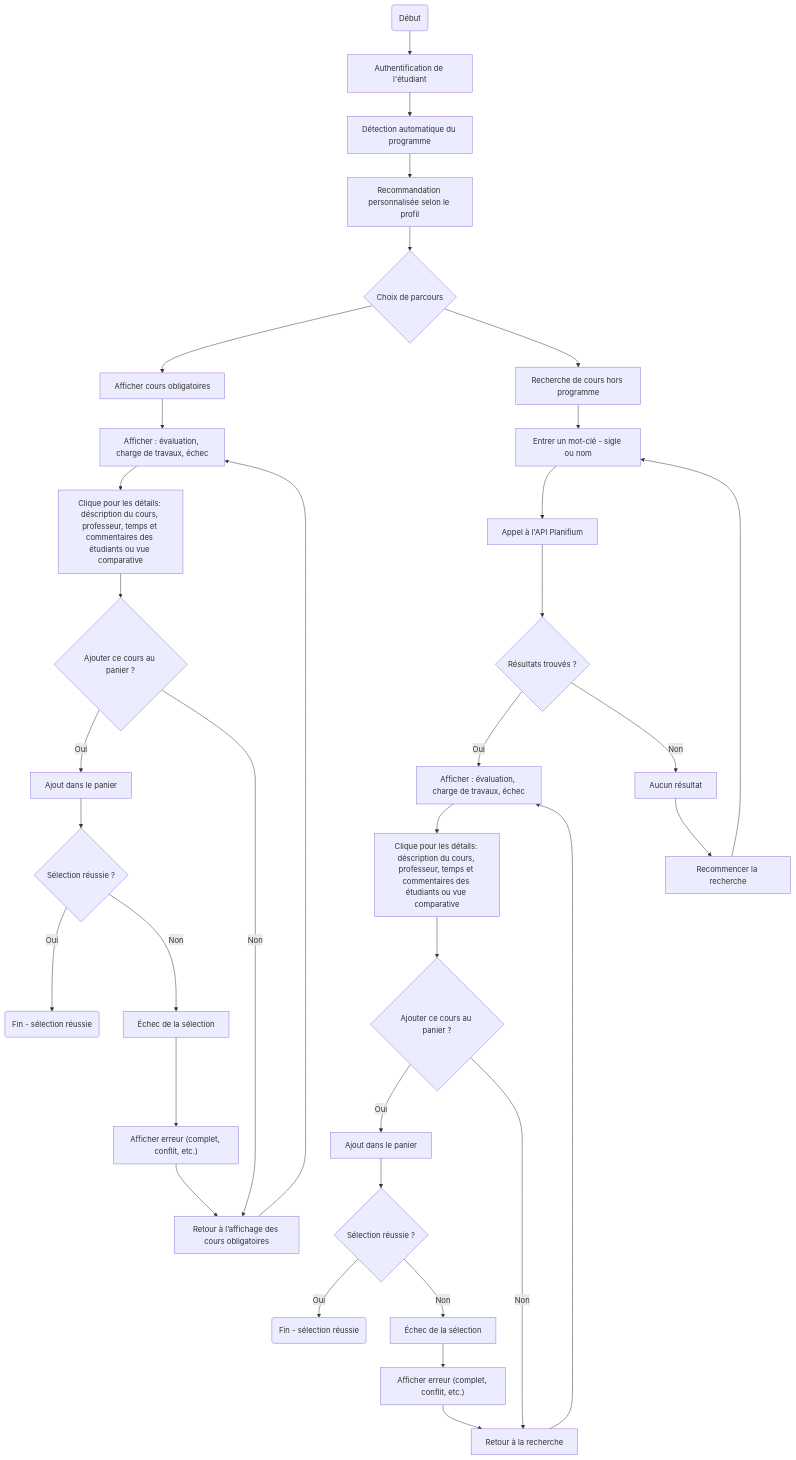
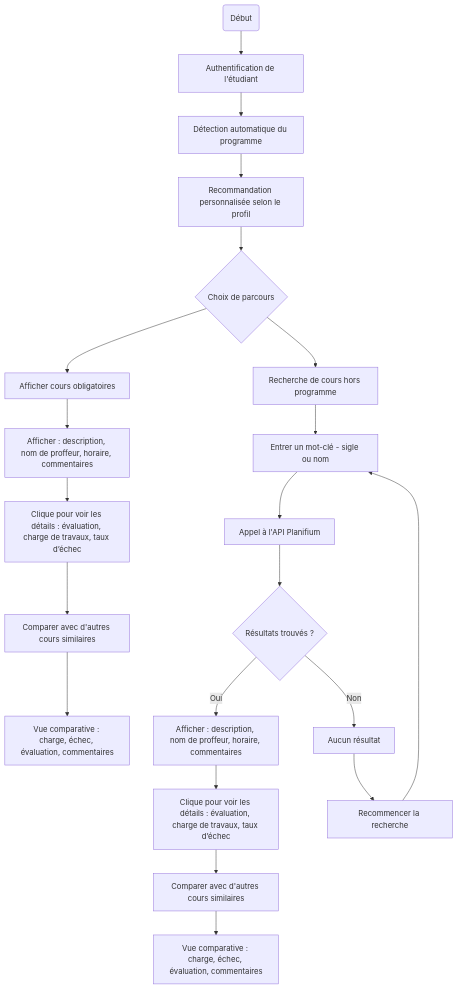
The diagram in docs/besoins/flux-principaux.md (cmpspablo01/template_devoir_genie_logiciel), drawn with Mermaid before and after one commit.

````diff
--- a/docs/besoins/flux-principaux.md
+++ b/docs/besoins/flux-principaux.md
@@ -15,44 +15,29 @@
 ```mermaid
 flowchart TD
     start(Début) --> auth[Authentification de l'étudiant]
     auth --> detectProg[Détection automatique du programme]
     detectProg --> recommandation[Recommandation personnalisée selon le profil]
     recommandation --> parallele{"Choix de parcours"}
 
     %% Branche 1 : Cours obligatoires
     parallele --> obligatoires[Afficher cours obligatoires]
-    obligatoires --> afficheOblig[Afficher : évaluation, charge de travaux, échec]
-    afficheOblig --> clicOblig[Clique pour les détails: déscription du cours, professeur, temps et commentaires des étudiants ou vue comparative]
-    clicOblig --> choixAjoutOblig{Ajouter ce cours au panier ?}
-    choixAjoutOblig -- Oui --> ajoutOblig[Ajout dans le panier]
-    choixAjoutOblig -- Non --> retourOblig[Retour à la liste des cours]
-    retourOblig --> afficheOblig
-    ajoutOblig --> verifOblig{Sélection réussie ?}
-    verifOblig -- Oui --> fin1(Fin - sélection réussie)
-    verifOblig -- Non --> echec1["Échec de la sélection"]
-    echec1 --> msgErreur1["Afficher erreur (complet, conflit, etc.)"]
-    msgErreur1 --> retourOblig[Retour à l’affichage des cours obligatoires]
-    
+    obligatoires --> afficheOblig[Afficher : description, nom de proffeur, horaire, commentaires]
+    afficheOblig --> clicOblig[Clique pour voir les détails : évaluation, charge de travaux, taux d’échec]
+    clicOblig --> compareOblig[Comparer avec d'autres cours similaires]
+    compareOblig --> vueComparative1[Vue comparative : charge, échec, évaluation, commentaires]
 
     %% Branche 2 : Recherche de cours hors programme
     parallele --> recherche[Recherche de cours hors programme]
     recherche --> entreeMotCle[Entrer un mot-clé - sigle ou nom]
     entreeMotCle --> apiCall[Appel à l'API Planifium]
     apiCall --> resultats{Résultats trouvés ?}
 
-    resultats -- Oui --> afficheCours[Afficher : évaluation, charge de travaux, échec]
-    afficheCours --> clicDetails[Clique pour les détails: déscription du cours, professeur, temps et commentaires des étudiants ou vue comparative]
-    clicDetails --> choixAjoutHors{Ajouter ce cours au panier ?}
-    choixAjoutHors -- Oui --> ajoutHors[Ajout dans le panier]
-    choixAjoutHors -- Non --> retourHors[Retour à la liste des résultats]
-    retourHors --> afficheCours
-    ajoutHors --> verifHors{Sélection réussie ?}
-    verifHors -- Oui --> fin2(Fin - sélection réussie)
-    verifHors -- Non --> echec2["Échec de la sélection"]
-    echec2 --> msgErreur2["Afficher erreur (complet, conflit, etc.)"]
-    msgErreur2 --> retourHors[Retour à la recherche]
+    resultats -- Oui --> afficheCours[Afficher : description, nom de proffeur, horaire, commentaires]
+    afficheCours --> clicDetails[Clique pour voir les détails : évaluation, charge de travaux, taux d’échec]
+    clicDetails --> compareHors[Comparer avec d'autres cours similaires]
+    compareHors --> vueComparative2[Vue comparative : charge, échec, évaluation, commentaires]
 
     resultats -- Non --> rienTrouve["Aucun résultat"]
     rienTrouve --> nouvelleRecherche[Recommencer la recherche]
     nouvelleRecherche --> entreeMotCle
 ```
````
